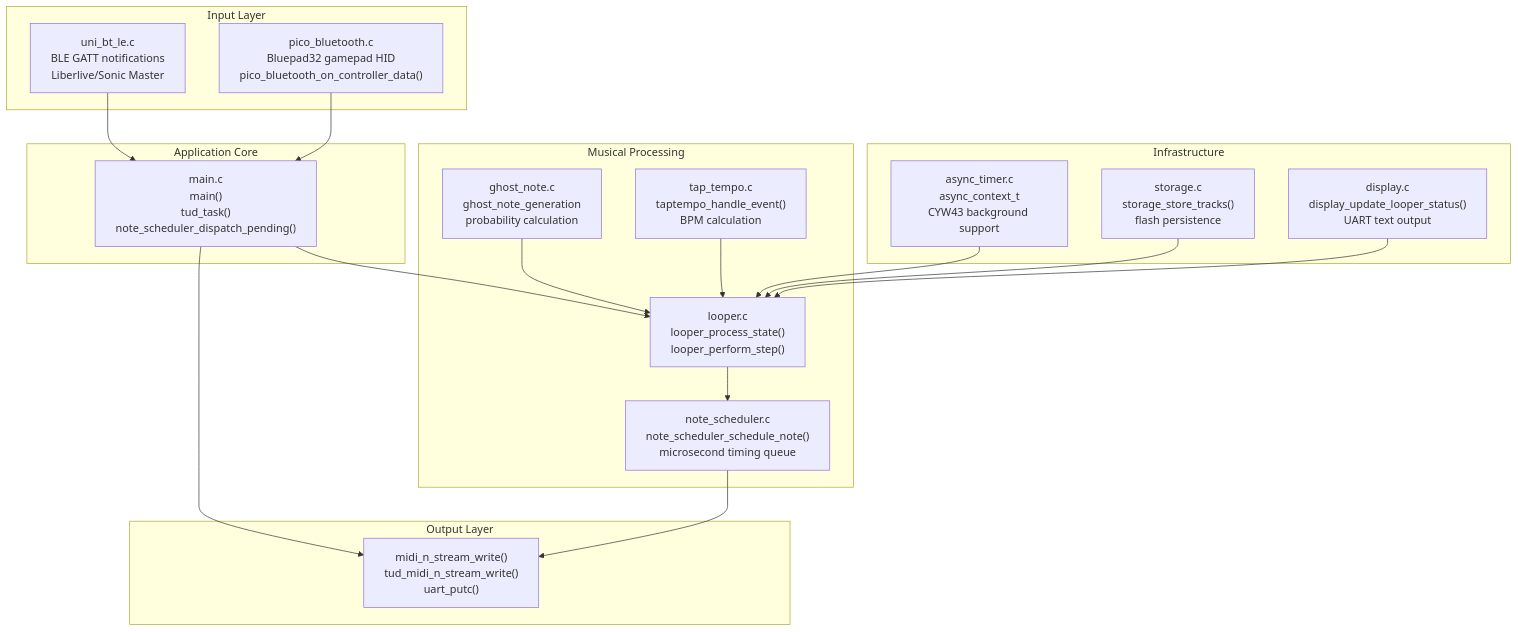
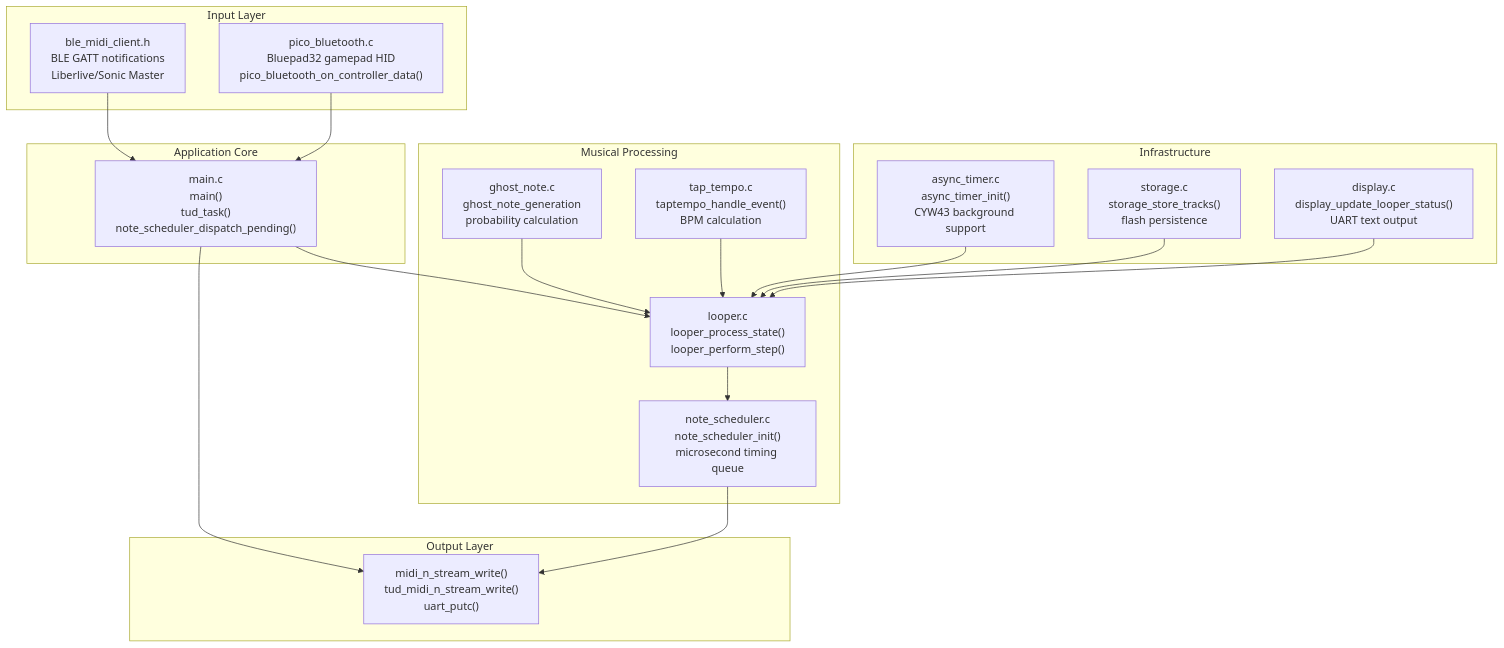
Before and after one commit to Jus-Be/orinayo-pico: the first of 6 diagrams in wiki/3-architecture.md, drawn with Mermaid. The commit also changed other lines of this file and 42 other files, not shown here.

````diff
--- a/wiki/3-architecture.md
+++ b/wiki/3-architecture.md
@@ -21,53 +25,53 @@
 ```mermaid
 flowchart TD
 
-BLE["uni_bt_le.c<br>BLE GATT notifications<br>Liberlive/Sonic Master"]
+BLE["ble_midi_client.h<br>BLE GATT notifications<br>Liberlive/Sonic Master"]
 Bluepad32["pico_bluetooth.c<br>Bluepad32 gamepad HID<br>pico_bluetooth_on_controller_data()"]
 Main["main.c<br>main()<br>tud_task()<br>note_scheduler_dispatch_pending()"]
 Looper["looper.c<br>looper_process_state()<br>looper_perform_step()"]
 GhostNote["ghost_note.c<br>ghost_note_generation<br>probability calculation"]
-NoteScheduler["note_scheduler.c<br>note_scheduler_schedule_note()<br>microsecond timing queue"]
+NoteScheduler["note_scheduler.c<br>note_scheduler_init()<br>microsecond timing queue"]
 TapTempo["tap_tempo.c<br>taptempo_handle_event()<br>BPM calculation"]
-AsyncTimer["async_timer.c<br>async_context_t<br>CYW43 background support"]
+AsyncTimer["async_timer.c<br>async_timer_init()<br>CYW43 background support"]
 Storage["storage.c<br>storage_store_tracks()<br>flash persistence"]
 Display["display.c<br>display_update_looper_status()<br>UART text output"]
 MIDIOut["midi_n_stream_write()<br>tud_midi_n_stream_write()<br>uart_putc()"]
 
 BLE --> Main
 Bluepad32 --> Main
 Main --> Looper
 NoteScheduler --> MIDIOut
 Main --> MIDIOut
 AsyncTimer --> Looper
 Storage --> Looper
 Display --> Looper
 
 subgraph Output ["Output Layer"]
     MIDIOut
 end
 
 subgraph Infrastructure ["Infrastructure"]
     AsyncTimer
     Storage
     Display
 end
 
 subgraph Musical ["Musical Processing"]
     Looper
     GhostNote
     NoteScheduler
     TapTempo
     Looper --> NoteScheduler
     GhostNote --> Looper
     TapTempo --> Looper
 end
 
 subgraph Core ["Application Core"]
     Main
 end
 
 subgraph InputLayer ["Input Layer"]
     BLE
     Bluepad32
 end
 ```
````
